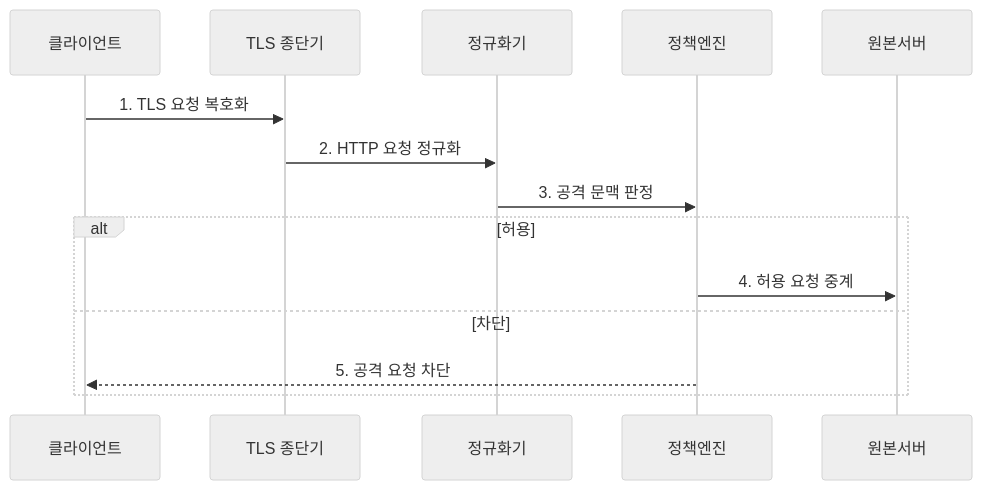
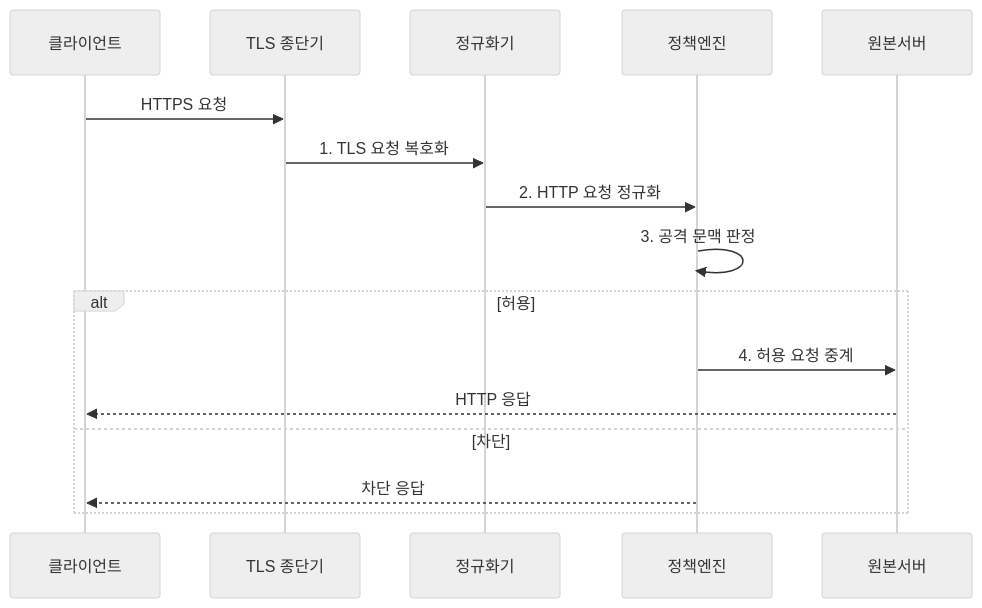
The second of 2 diagrams in src/content/docs/notes/04-network/091_waf_web_application_firewall.md (agnusdei1207/knowledge-base), drawn with Mermaid (neutral theme) before and after one commit. The commit also changed other lines of this file and 20 other files, not shown here.

````diff
--- a/src/content/docs/notes/04-network/091_waf_web_application_firewall.md
+++ b/src/content/docs/notes/04-network/091_waf_web_application_firewall.md
@@ -78,16 +83,18 @@
 ```mermaid
 sequenceDiagram
     participant 클라이언트
     participant TLS as TLS 종단기
     participant N as 정규화기
     participant 정책엔진
     participant 원본서버
-    클라이언트->>TLS: 1. TLS 요청 복호화
-    TLS->>N: 2. HTTP 요청 정규화
-    N->>정책엔진: 3. 공격 문맥 판정
+    클라이언트->>TLS: HTTPS 요청
+    TLS->>N: 1. TLS 요청 복호화
+    N->>정책엔진: 2. HTTP 요청 정규화
+    정책엔진->>정책엔진: 3. 공격 문맥 판정
     alt 허용
         정책엔진->>원본서버: 4. 허용 요청 중계
+        원본서버-->>클라이언트: HTTP 응답
     else 차단
-        정책엔진-->>클라이언트: 5. 공격 요청 차단
+        정책엔진-->>클라이언트: 차단 응답
     end
 ```
````
